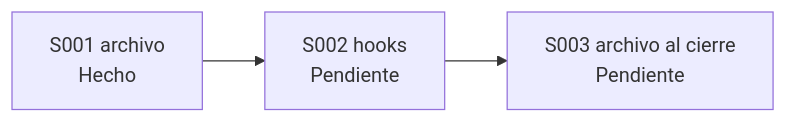
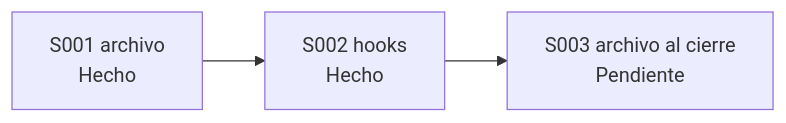
Before and after one commit to jliberal-aquas/aquas-central-harness-government: the third of 3 diagrams in docs/E001/F005/README.md, drawn with Mermaid. The commit also changed other lines of this file and 9 other files, not shown here.

````diff
--- a/docs/E001/F005/README.md
+++ b/docs/E001/F005/README.md
@@ -108,5 +108,5 @@
 ```mermaid
 flowchart LR
-    S1["S001 archivo<br/>Hecho"] --> S2["S002 hooks<br/>Pendiente"]
+    S1["S001 archivo<br/>Hecho"] --> S2["S002 hooks<br/>Hecho"]
     S2 --> S3["S003 archivo al cierre<br/>Pendiente"]
 ```
````
